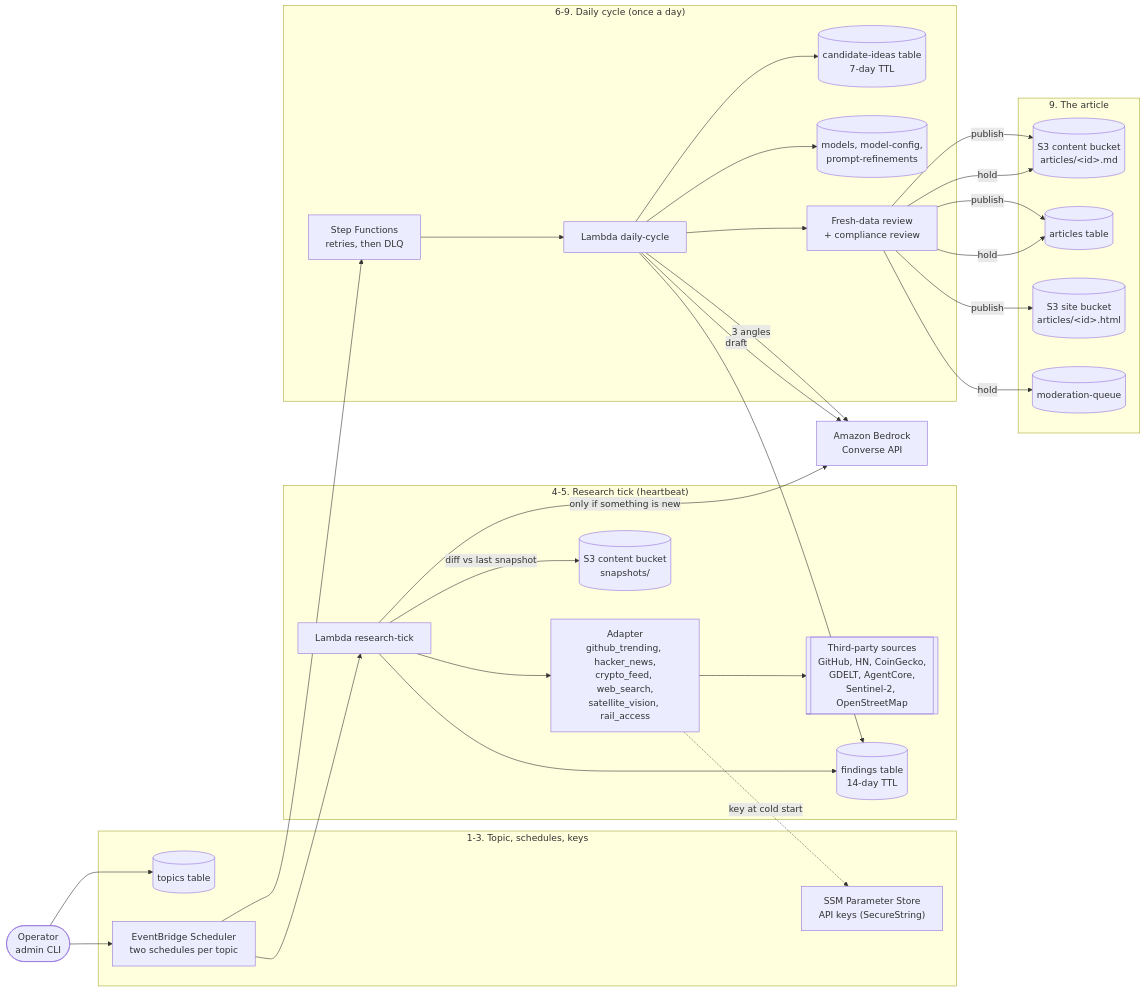
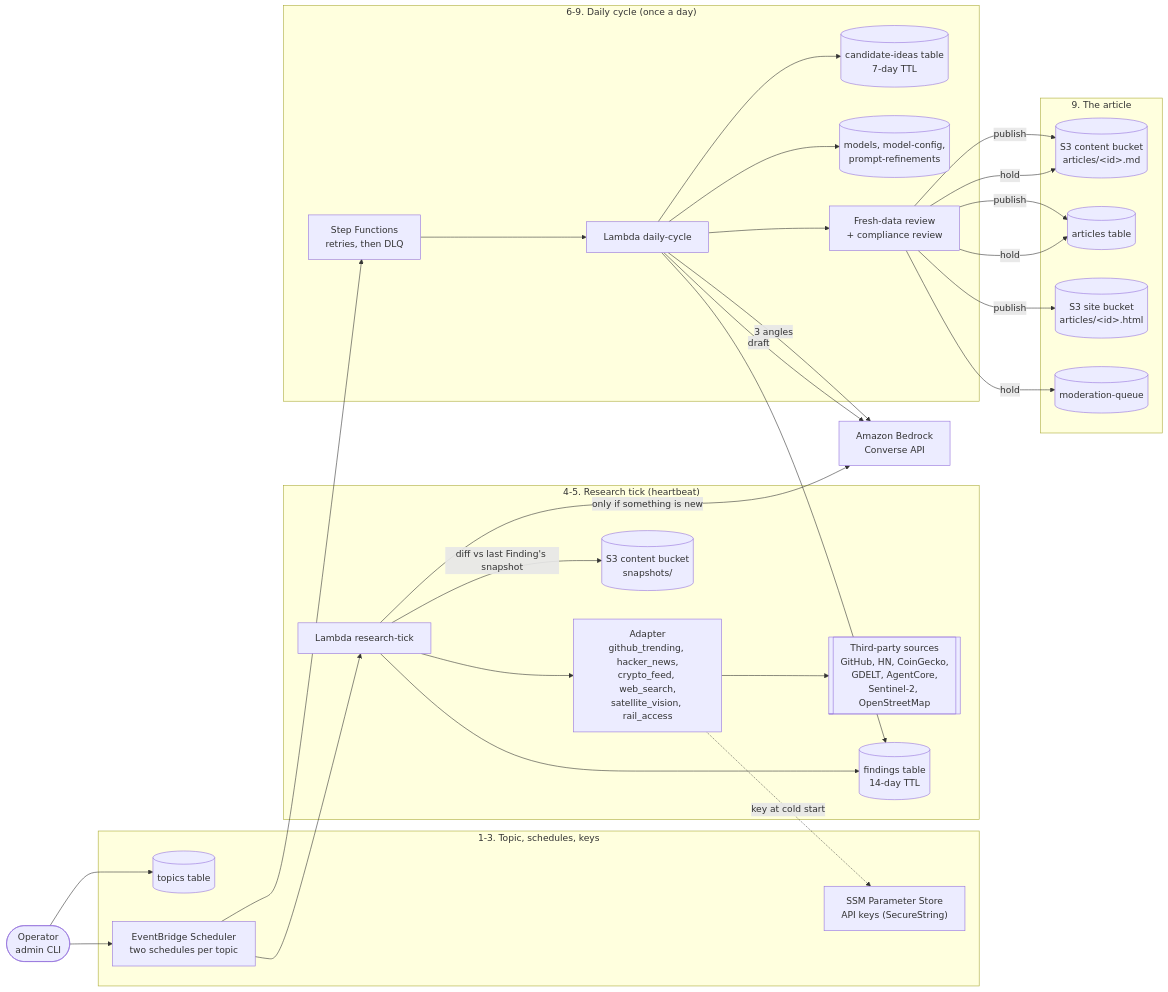
Before and after one commit to AllainWoodsford/BloggerBear: the diagram in docs/architecture/article-research.md, drawn with Mermaid. The commit also changed other lines of this file and 1 other file, not shown here.

````diff
--- a/docs/architecture/article-research.md
+++ b/docs/architecture/article-research.md
@@ -16,48 +16,48 @@
 ```mermaid
 flowchart LR
     admin(["Operator<br/>admin CLI"])
     subgraph setup["1-3. Topic, schedules, keys"]
         topics[("topics table")]
         sched["EventBridge Scheduler<br/>two schedules per topic"]
         ssm["SSM Parameter Store<br/>API keys (SecureString)"]
     end
     subgraph research["4-5. Research tick (heartbeat)"]
         tick["Lambda research-tick"]
         adapter["Adapter<br/>github_trending, hacker_news,<br/>crypto_feed, web_search,<br/>satellite_vision, rail_access"]
         src[["Third-party sources<br/>GitHub, HN, CoinGecko,<br/>GDELT, AgentCore,<br/>Sentinel-2, OpenStreetMap"]]
         snap[("S3 content bucket<br/>snapshots/")]
         findings[("findings table<br/>14-day TTL")]
     end
     subgraph daily["6-9. Daily cycle (once a day)"]
         sfn["Step Functions<br/>retries, then DLQ"]
         cycle["Lambda daily-cycle"]
         ideas[("candidate-ideas table<br/>7-day TTL")]
         models[("models, model-config,<br/>prompt-refinements")]
         review["Fresh-data review<br/>+ compliance review"]
     end
     subgraph out["9. The article"]
         body[("S3 content bucket<br/>articles/&lt;id&gt;.md")]
         articles[("articles table")]
         site[("S3 site bucket<br/>articles/&lt;id&gt;.html")]
         queue[("moderation-queue")]
     end
     bedrock["Amazon Bedrock<br/>Converse API"]
 
     admin --> topics
     admin --> sched
     sched --> tick
     tick --> adapter --> src
     adapter -. "key at cold start" .-> ssm
-    tick -- "diff vs last snapshot" --> snap
+    tick -- "diff vs last Finding's snapshot" --> snap
     tick -- "only if something is new" --> bedrock
     tick --> findings
     sched --> sfn --> cycle
     cycle --> findings
     cycle -- "3 angles" --> bedrock
     cycle --> ideas
     cycle --> models
     cycle -- "draft" --> bedrock
     cycle --> review
     review -- "publish" --> body & articles & site
     review -- "hold" --> body & articles & queue
 ```
````
